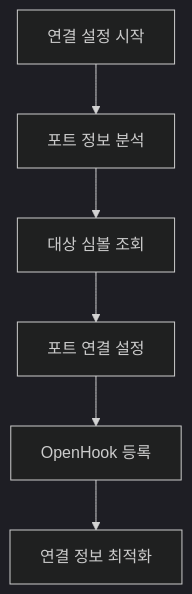
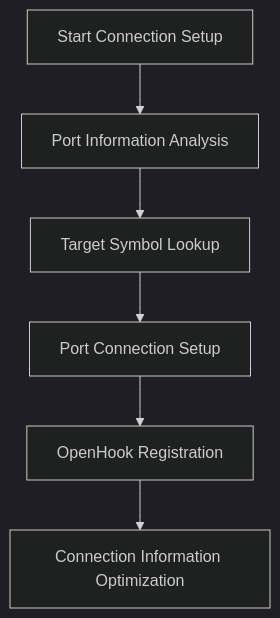
The sixth of 9 diagrams in docs/flowchart.md (siyul-park/uniflow), drawn with Mermaid (dark theme) before and after one commit. The commit also changed other lines of this file and 3 other files, not shown here.

````diff
--- a/docs/flowchart.md
+++ b/docs/flowchart.md
@@ -157,8 +158,8 @@
 ```mermaid
 flowchart TD
-    A["연결 설정 시작"] --> B["포트 정보 분석"]
-    B --> C["대상 심볼 조회"]
-    C --> D["포트 연결 설정"]
-    D --> E["OpenHook 등록"]
-    E --> F["연결 정보 최적화"]
+    A["Start Connection Setup"] --> B["Port Information Analysis"]
+    B --> C["Target Symbol Lookup"]
+    C --> D["Port Connection Setup"]
+    D --> E["OpenHook Registration"]
+    E --> F["Connection Information Optimization"]
 ```
````
